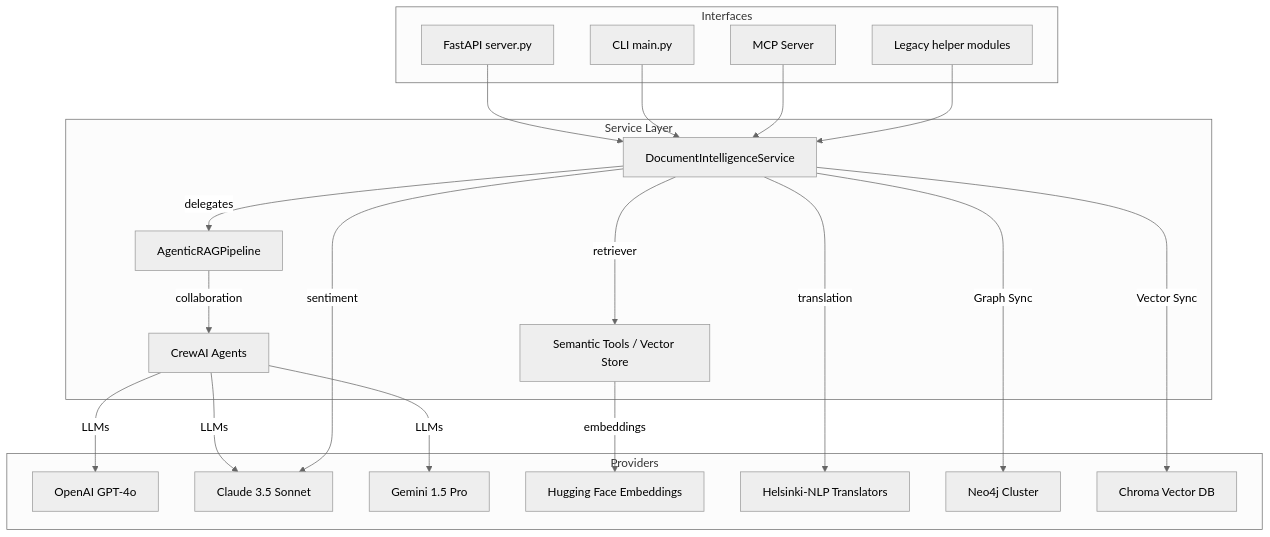
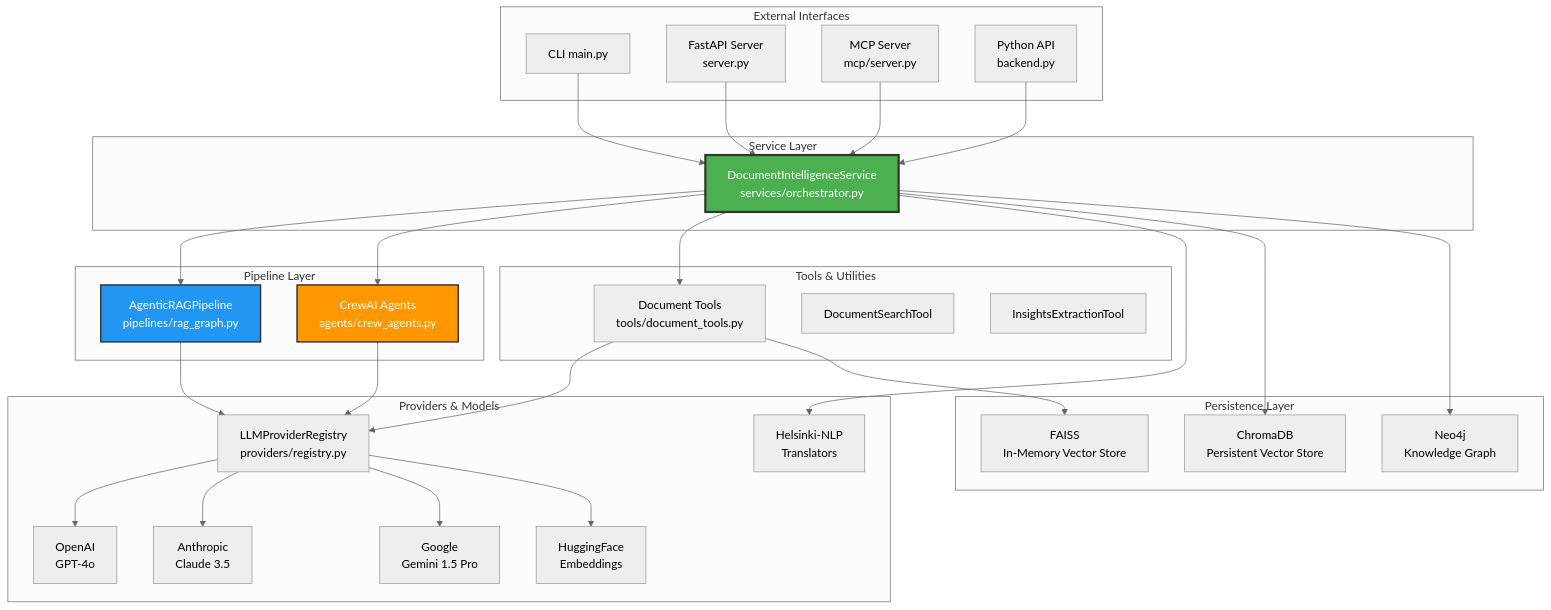
The first of 4 diagrams in ai_ml/README.md (Derek-miranda/DocuThinker-AI), drawn with Mermaid (neutral theme) before and after one commit. The commit also changed other lines of this file and 7 other files, not shown here.

````diff
--- a/ai_ml/README.md
+++ b/ai_ml/README.md
@@ -5,43 +76,66 @@
 ```mermaid
-graph TD
-    subgraph Service Layer
-        SVC[DocumentIntelligenceService]
-        RAG[AgenticRAGPipeline]
-        CREW[CrewAI Agents]
-        TOOLS[Semantic Tools / Vector Store]
+graph TB
+    subgraph "External Interfaces"
+        CLI[CLI main.py]
+        FASTAPI[FastAPI Server<br/>server.py]
+        MCP[MCP Server<br/>mcp/server.py]
+        PYAPI[Python API<br/>backend.py]
     end
 
-    subgraph Providers
-        P1[OpenAI GPT-4o]
-        P2[Claude 3.5 Sonnet]
-        P3[Gemini 1.5 Pro]
-        P4[Hugging Face Embeddings]
-        P5[Helsinki-NLP Translators]
-        P6[Neo4j Cluster]
-        P7[Chroma Vector DB]
+    subgraph "Service Layer"
+        SVC[DocumentIntelligenceService<br/>services/orchestrator.py]
     end
 
-    subgraph Interfaces
-        FASTAPI[FastAPI server.py]
-        CLI[CLI main.py]
-        MCP[MCP Server]
-        Legacy[Legacy helper modules]
+    subgraph "Pipeline Layer"
+        RAG[AgenticRAGPipeline<br/>pipelines/rag_graph.py]
+        CREW[CrewAI Agents<br/>agents/crew_agents.py]
     end
 
-    SVC -->|delegates| RAG
-    RAG -->|collaboration| CREW
-    SVC -->|retriever| TOOLS
-    TOOLS -->|embeddings| P4
-    SVC -->|Graph Sync| P6
-    SVC -->|Vector Sync| P7
-    CREW -->|LLMs| P1
-    CREW -->|LLMs| P2
-    CREW -->|LLMs| P3
-    SVC -->|sentiment| P2
-    SVC -->|translation| P5
+    subgraph "Tools & Utilities"
+        TOOLS[Document Tools<br/>tools/document_tools.py]
+        SEARCH[DocumentSearchTool]
+        INSIGHTS[InsightsExtractionTool]
+    end
 
+    subgraph "Providers & Models"
+        REGISTRY[LLMProviderRegistry<br/>providers/registry.py]
+        OPENAI[OpenAI<br/>GPT-4o]
+        ANTHROPIC[Anthropic<br/>Claude 3.5]
+        GEMINI[Google<br/>Gemini 1.5 Pro]
+        HF[HuggingFace<br/>Embeddings]
+        HELSINKI[Helsinki-NLP<br/>Translators]
+    end
+
+    subgraph "Persistence Layer"
+        FAISS[FAISS<br/>In-Memory Vector Store]
+        CHROMA[ChromaDB<br/>Persistent Vector Store]
+        NEO4J[Neo4j<br/>Knowledge Graph]
+    end
+
+    CLI --> SVC
     FASTAPI --> SVC
-    CLI --> SVC
     MCP --> SVC
-    Legacy --> SVC
+    PYAPI --> SVC
+
+    SVC --> RAG
+    SVC --> CREW
+    SVC --> TOOLS
+
+    RAG --> REGISTRY
+    CREW --> REGISTRY
+    TOOLS --> REGISTRY
+
+    REGISTRY --> OPENAI
+    REGISTRY --> ANTHROPIC
+    REGISTRY --> GEMINI
+    REGISTRY --> HF
+    SVC --> HELSINKI
+
+    TOOLS --> FAISS
+    SVC --> CHROMA
+    SVC --> NEO4J
+
+    style SVC fill:#4CAF50,stroke:#333,stroke-width:3px,color:#fff
+    style RAG fill:#2196F3,stroke:#333,stroke-width:2px,color:#fff
+    style CREW fill:#FF9800,stroke:#333,stroke-width:2px,color:#fff
 ```
````
